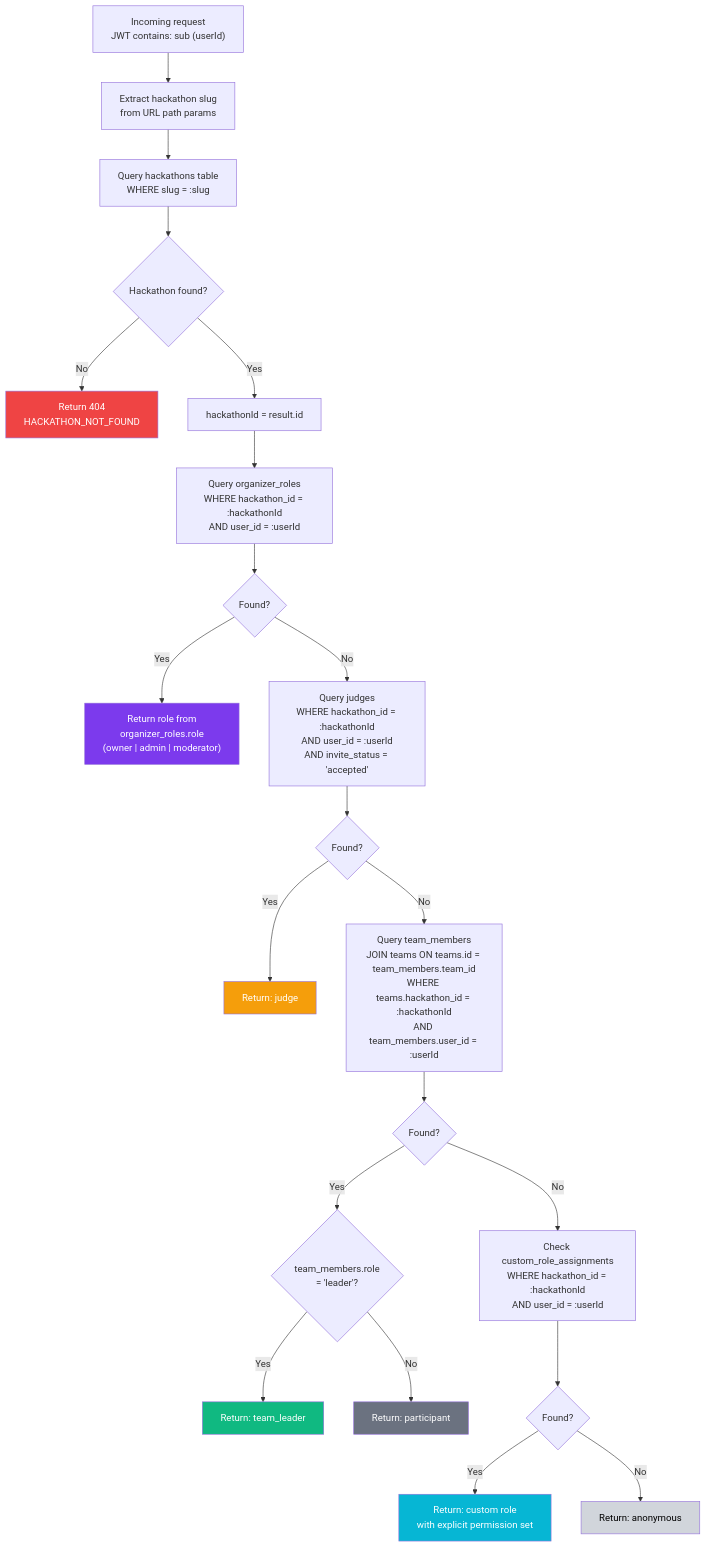
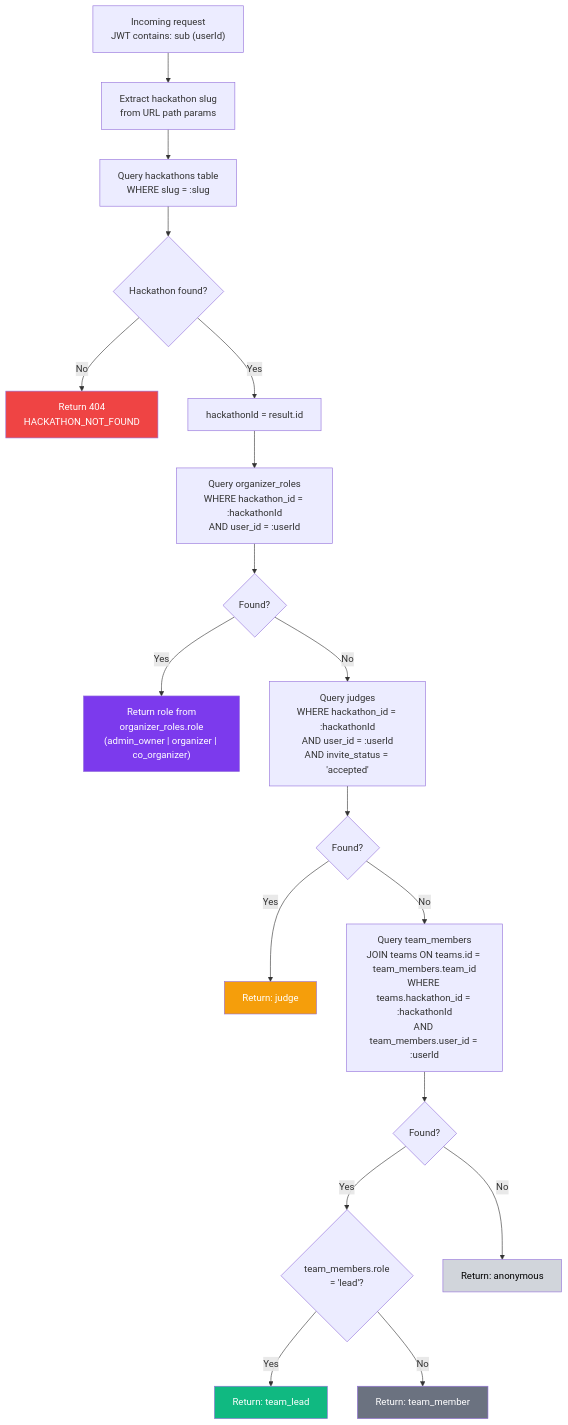
One commit to devangshupandey2025-stack/DevSage changed the second of 8 diagrams in docs/v3/planned/roles-permissions.md. Above: the diagram before and after it, drawn with Mermaid. The commit also changed other lines of this file, not shown here.

First line of the commit message:
docs(roles): rename orgs to workspaces, remove custom roles and API keys

````diff
--- a/docs/v3/planned/roles-permissions.md
+++ b/docs/v3/planned/roles-permissions.md
@@ -137,35 +133,31 @@
 ```mermaid
 flowchart TD
     A["Incoming request<br/>JWT contains: sub (userId)"] --> B["Extract hackathon slug<br/>from URL path params"]
     B --> C["Query hackathons table<br/>WHERE slug = :slug"]
     C --> D{"Hackathon found?"}
     D -->|No| E["Return 404<br/>HACKATHON_NOT_FOUND"]
     D -->|Yes| F["hackathonId = result.id"]
 
     F --> G["Query organizer_roles<br/>WHERE hackathon_id = :hackathonId<br/>AND user_id = :userId"]
     G --> H{"Found?"}
-    H -->|Yes| I["Return role from<br/>organizer_roles.role<br/>(owner | admin | moderator)"]
+    H -->|Yes| I["Return role from<br/>organizer_roles.role<br/>(admin_owner | organizer | co_organizer)"]
 
     H -->|No| J["Query judges<br/>WHERE hackathon_id = :hackathonId<br/>AND user_id = :userId<br/>AND invite_status = 'accepted'"]
     J --> K{"Found?"}
     K -->|Yes| L["Return: judge"]
 
     K -->|No| M["Query team_members<br/>JOIN teams ON teams.id = team_members.team_id<br/>WHERE teams.hackathon_id = :hackathonId<br/>AND team_members.user_id = :userId"]
     M --> N{"Found?"}
-    N -->|Yes| O{"team_members.role<br/>= 'leader'?"}
-    O -->|Yes| P["Return: team_leader"]
-    O -->|No| Q["Return: participant"]
+    N -->|Yes| O{"team_members.role<br/>= 'lead'?"}
+    O -->|Yes| P["Return: team_lead"]
+    O -->|No| Q["Return: team_member"]
 
-    N -->|No| R["Check custom_role_assignments<br/>WHERE hackathon_id = :hackathonId<br/>AND user_id = :userId"]
-    R --> S{"Found?"}
-    S -->|Yes| T["Return: custom role<br/>with explicit permission set"]
-    S -->|No| U["Return: anonymous"]
+    N -->|No| U["Return: anonymous"]
 
     style E fill:#ef4444,color:#fff
     style I fill:#7c3aed,color:#fff
     style L fill:#f59e0b,color:#fff
     style P fill:#10b981,color:#fff
     style Q fill:#6b7280,color:#fff
-    style T fill:#06b6d4,color:#fff
     style U fill:#d1d5db,color:#000
 ```
````
